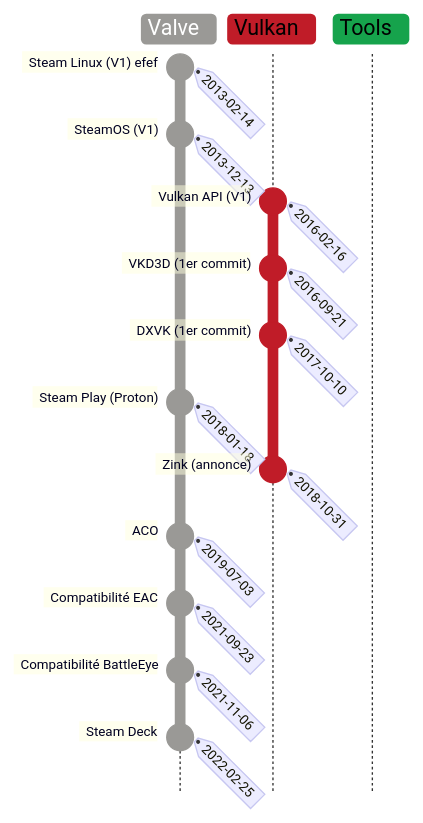
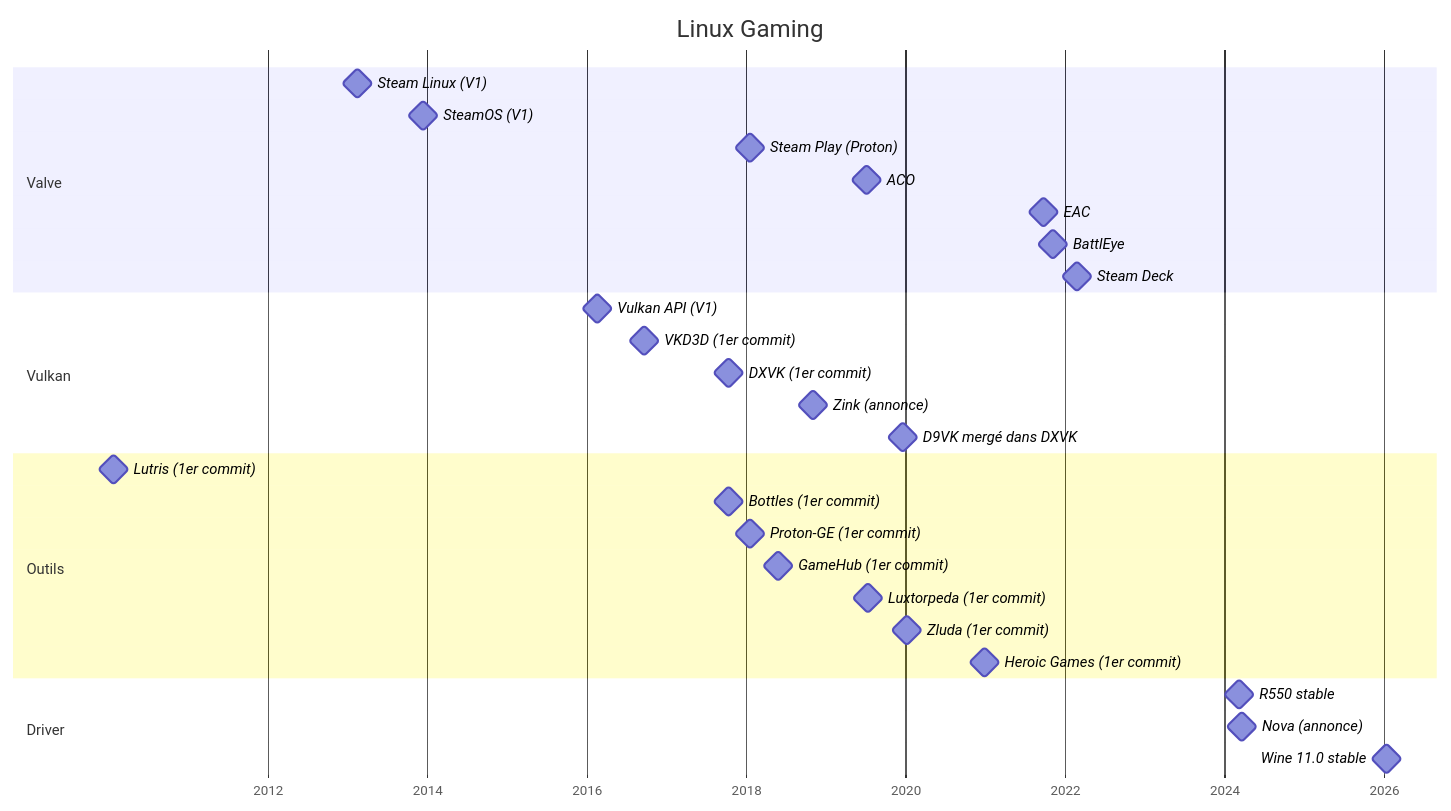
The diagram in LinuxGaming/README.md (Iron-Wolf/script), drawn with Mermaid before and after one commit. The commit also changed other lines of this file, not shown here.

````diff
--- a/LinuxGaming/README.md
+++ b/LinuxGaming/README.md
@@ -8,43 +9,36 @@
 ```mermaid
----
-config:
-  themeVariables:
-    git0: '#9a9996' # Valve
-    git1: '#c01c28' # Vulkan
-    git2: '#16a34c' # Tools
-    git3: '#813d9c' # Driver
-  gitGraph:
-    mainBranchName: Valve
-    parallelCommits: false
-    rotateCommitLabel: false
----
-gitGraph TB:
-  branch Vulkan
-  branch Tools
+gantt
+    title Linux Gaming
+    dateFormat YYYY-MM-DD
+    axisFormat %Y
 
-  checkout Valve
-  commit id:"Steam Linux (V1) efef" tag:"2013-02-14"
-  commit id:"SteamOS (V1)" tag:"2013-12-13"
+    section Valve
+    Steam Linux (V1)      :milestone, 2013-02-14, 0d
+    SteamOS (V1)          :milestone, 2013-12-13, 0d
+    Steam Play (Proton)   :milestone, 2018-01-18, 0d
+    ACO                   :milestone, 2019-07-03, 0d
+    EAC                   :milestone, 2021-09-23, 0d
+    BattlEye              :milestone, 2021-11-06, 0d
+    Steam Deck            :milestone, 2022-02-25, 0d
 
-  checkout Vulkan
-  commit id:"Vulkan API (V1)" tag:"2016-02-16"
-  commit id:"VKD3D (1er commit)" tag:"2016-09-21"
-  commit id:"DXVK (1er commit)" tag:"2017-10-10"
+    section Vulkan
+    Vulkan API (V1)       :milestone, 2016-02-16, 0d
+    VKD3D (1er commit)    :milestone, 2016-09-21, 0d
+    DXVK (1er commit)     :milestone, 2017-10-10, 0d
+    Zink (annonce)        :milestone, 2018-10-31, 0d
+    D9VK mergé dans DXVK  :milestone, 2019-12-16, 0d
 
-  checkout Valve
-  commit id:"Steam Play (Proton)" tag:"2018-01-18"
+    section Outils
+    Lutris (1er commit)        :milestone, 2010-01-22, 0d
+    Bottles (1er commit)       :milestone, 2017-10-14, 0d
+    Proton-GE (1er commit)     :milestone, 2018-01-18, 0d
+    GameHub (1er commit)       :milestone, 2018-05-27, 0d
+    Luxtorpeda (1er commit)    :milestone, 2019-07-09, 0d
+    Zluda (1er commit)         :milestone, 2020-01-05, 0d
+    Heroic Games (1er commit)  :milestone, 2020-12-26, 0d
 
-  checkout Vulkan
-  commit id:"Zink (annonce)" tag:"2018-10-31"
-
-  checkout Valve
-  commit id:"ACO" tag:"2019-07-03"
-
-  checkout Vulkan
-
-  checkout Valve
-  commit id:"Compatibilité EAC" tag:"2021-09-23"
-  commit id:"Compatibilité BattleEye" tag:"2021-11-06"
-  commit id:"Steam Deck" tag:"2022-02-25"
-
+    section Driver
+    R550 stable           :milestone, 2024-03-06, 0d
+    Nova (annonce)        :milestone, 2024-03-20, 0d
+    Wine 11.0 stable      :milestone, 2026-01-13, 0d
 ```
````
